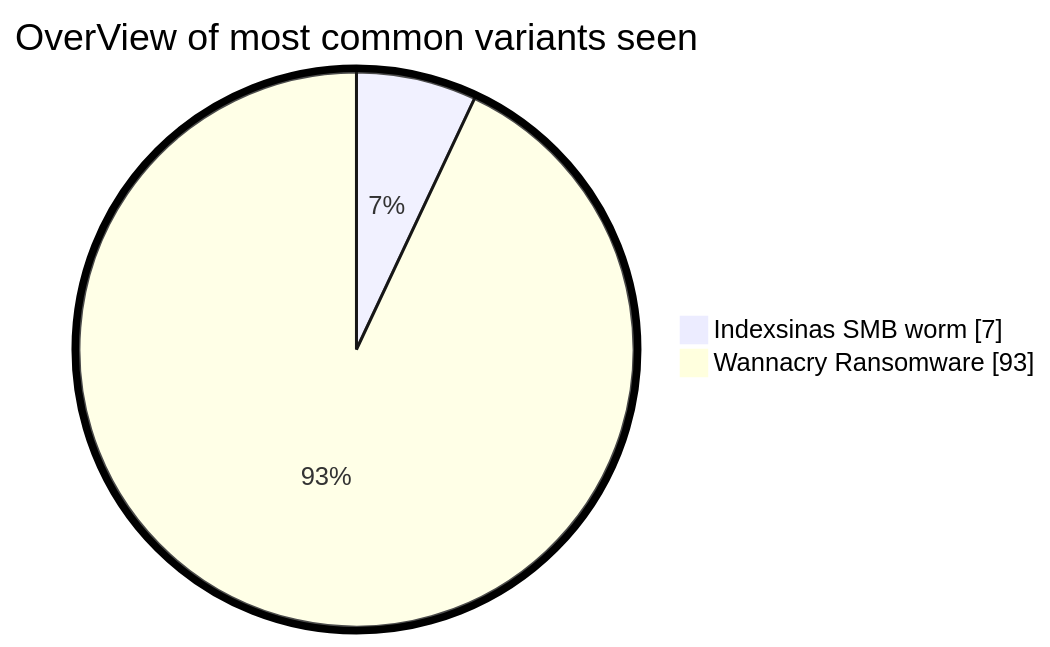
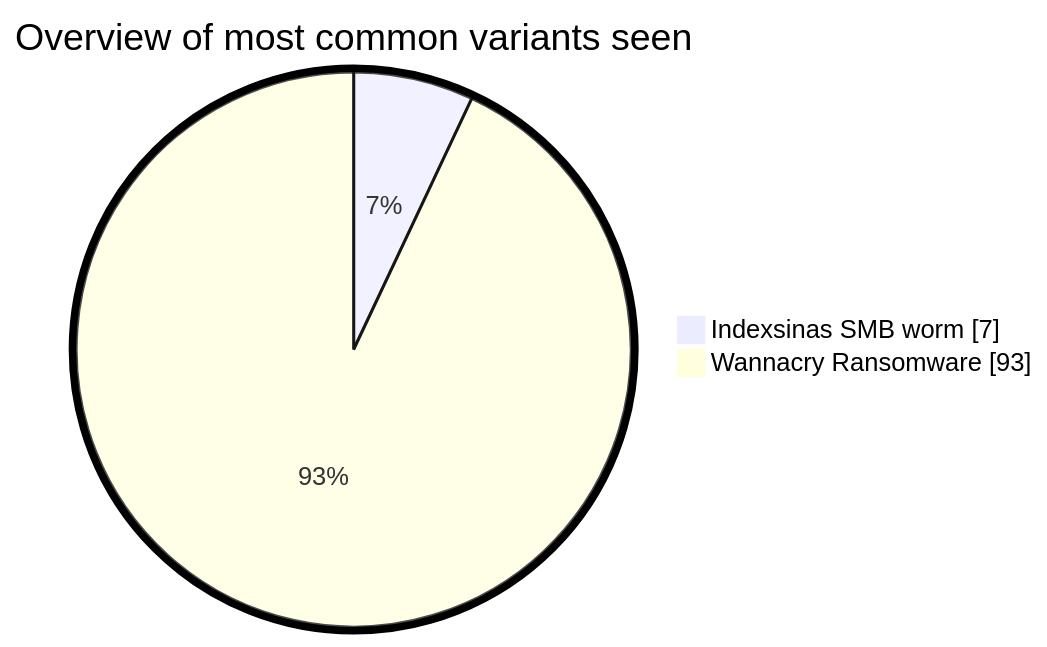
One commit to tonyx774/HoneyPot-Analysis changed the diagram in README.md. Above: the diagram before and after it, drawn with Mermaid. The commit also changed other lines of this file, not shown here.

````diff
--- a/README.md
+++ b/README.md
@@ -3,8 +4,8 @@
 ```mermaid
  %%{init: {"pie": {"textPosition": 0.5}, "themeVariables": {"pieOuterStrokeWidth": "5px"}} }%%
 pie showData
-    title OverView of most common variants seen
+    title Overview of most common variants seen
     "Indexsinas SMB worm" : 7
     "Wannacry Ransomware" : 93
 
 ```
````
